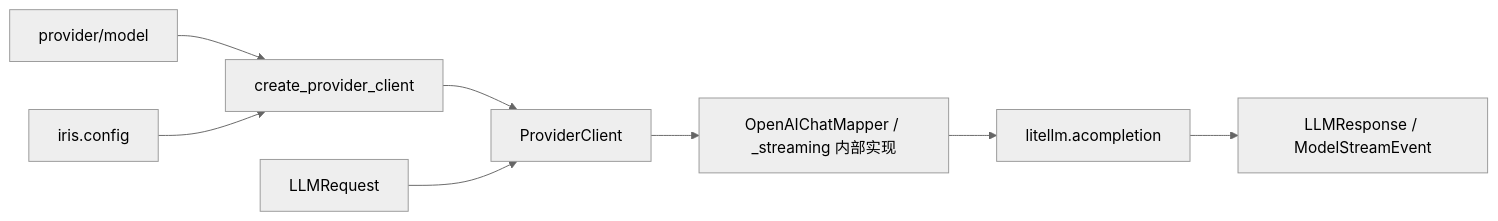
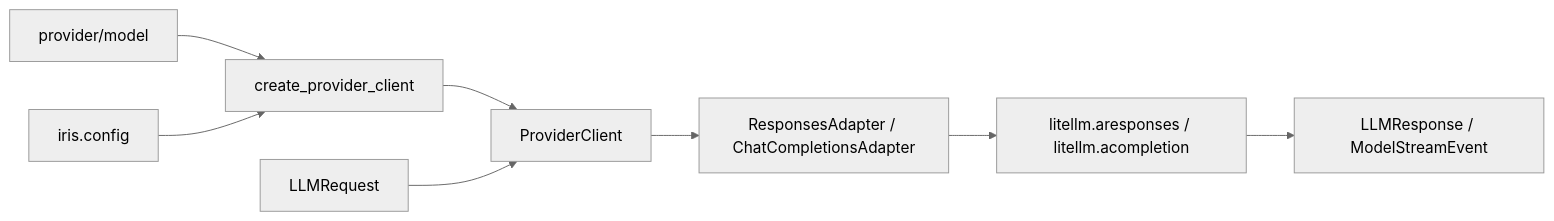
Before and after one commit to Tsubaki-01/Iris: the diagram in src/iris/providers/README.md, drawn with Mermaid (neutral theme). The commit also changed other lines of this file and 92 other files, not shown here.

First line of the commit message:
「refactor」(Providers): 统一 LiteLLM 双协议适配与逻辑请求

````diff
--- a/src/iris/providers/README.md
+++ b/src/iris/providers/README.md
@@ -38,10 +39,10 @@
 ```mermaid
 flowchart LR
     Route["provider/model"] --> Factory["create_provider_client"]
     Config["iris.config"] --> Factory
     Factory --> Client["ProviderClient"]
     Request["LLMRequest"] --> Client
-    Client --> Mapper["OpenAIChatMapper / _streaming 内部实现"]
-    Mapper --> LiteLLM["litellm.acompletion"]
+    Client --> Mapper["ResponsesAdapter / ChatCompletionsAdapter"]
+    Mapper --> LiteLLM["litellm.aresponses / litellm.acompletion"]
     LiteLLM --> Response["LLMResponse / ModelStreamEvent"]
 ```
````
